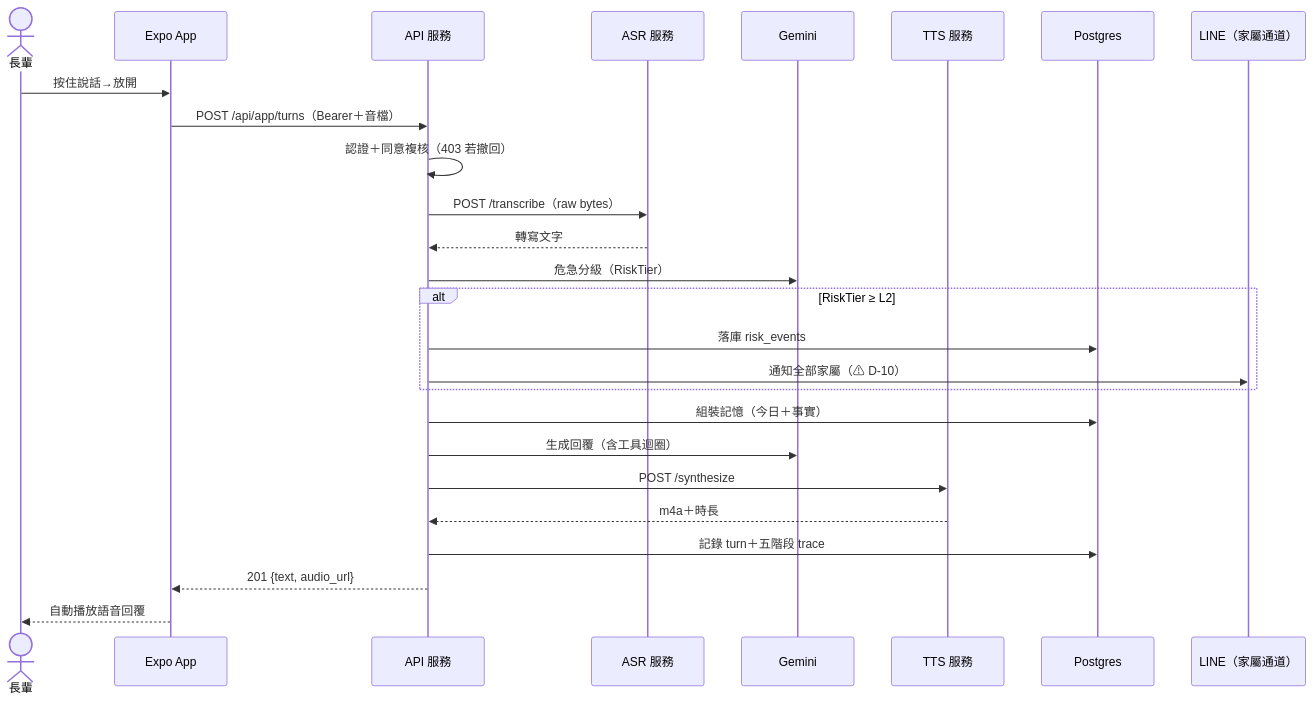
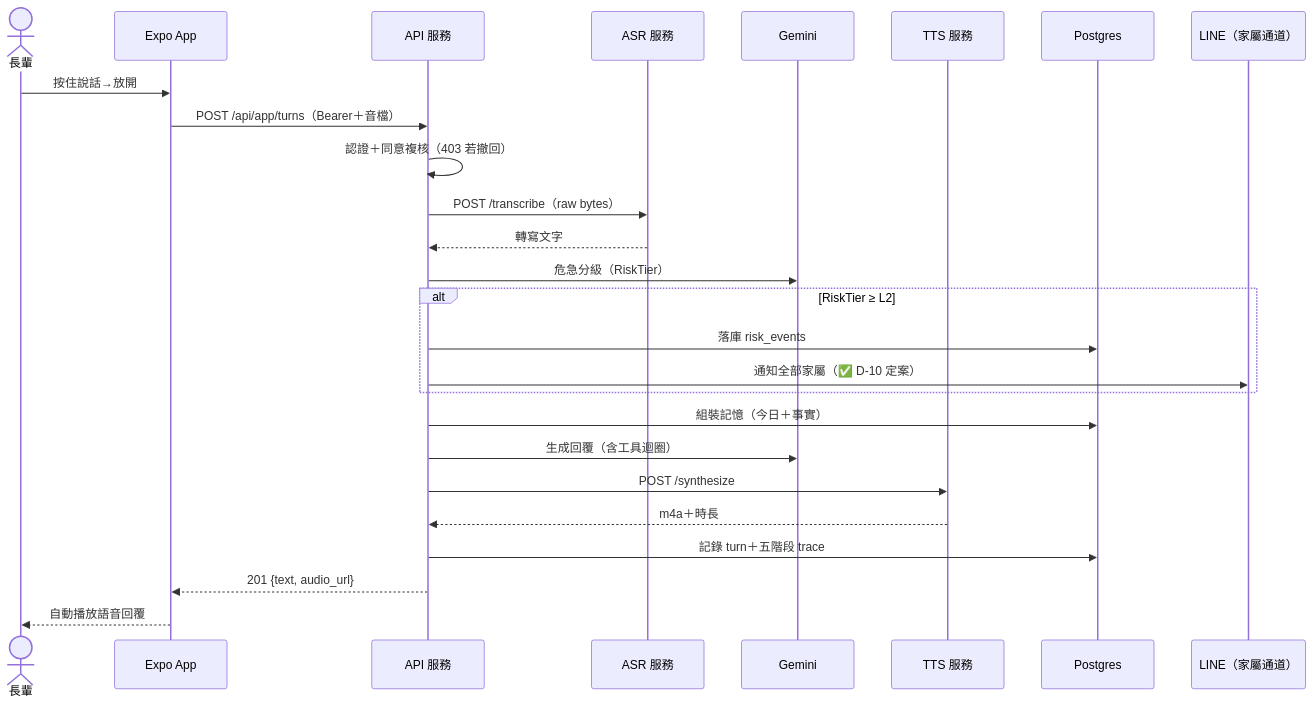
Before and after one commit to leo53021313/kinsun: the seventh of 11 diagrams in docs/dev/05_架構與設計.md, drawn with Mermaid. The commit also changed other lines of this file and 13 other files, not shown here.

````diff
--- a/docs/dev/05_架構與設計.md
+++ b/docs/dev/05_架構與設計.md
@@ -392,29 +392,29 @@
 ```mermaid
 sequenceDiagram
     actor Elder as 長輩
     participant App as Expo App
     participant API as API 服務
     participant ASR as ASR 服務
     participant G as Gemini
     participant TTS as TTS 服務
     participant DB as Postgres
     participant LINE as LINE（家屬通道）
 
     Elder->>App: 按住說話→放開
     App->>API: POST /api/app/turns（Bearer＋音檔）
     API->>API: 認證＋同意複核（403 若撤回）
     API->>ASR: POST /transcribe（raw bytes）
     ASR-->>API: 轉寫文字
     API->>G: 危急分級（RiskTier）
     alt RiskTier ≥ L2
         API->>DB: 落庫 risk_events
-        API->>LINE: 通知全部家屬（⚠ D-10）
+        API->>LINE: 通知全部家屬（✅ D-10 定案）
     end
     API->>DB: 組裝記憶（今日＋事實）
     API->>G: 生成回覆（含工具迴圈）
     API->>TTS: POST /synthesize
     TTS-->>API: m4a＋時長
     API->>DB: 記錄 turn＋五階段 trace
     API-->>App: 201 {text, audio_url}
     App-->>Elder: 自動播放語音回覆
 ```
````
